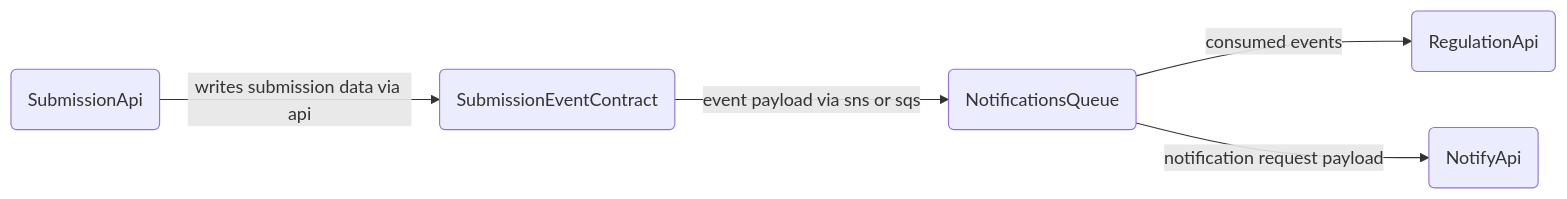
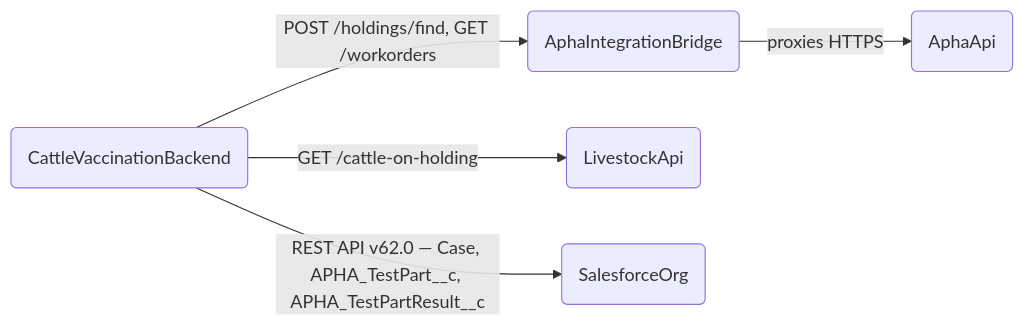
Before and after one commit to DEFRA/cattle-vaccination-documentation: the fourth of 4 diagrams in technology/data-architecture/structure-view/README.md, drawn with Mermaid. The commit also changed other lines of this file and 3 other files, not shown here.

````diff
--- a/technology/data-architecture/structure-view/README.md
+++ b/technology/data-architecture/structure-view/README.md
@@ -99,13 +91,13 @@
 ```mermaid
 flowchart LR
-  SubmissionApi(SubmissionApi)
-  SubmissionEvents(SubmissionEventContract)
-  NotificationsQueue(NotificationsQueue)
-  RegulationApi(RegulationApi)
-  NotifyApi(NotifyApi)
+  Backend(CattleVaccinationBackend)
+  AphaBridge(AphaIntegrationBridge)
+  AphaApi(AphaApi)
+  LivestockApi(LivestockApi)
+  SalesforceOrg(SalesforceOrg)
 
-  SubmissionApi -->|"writes submission data via api"| SubmissionEvents
-  SubmissionEvents -->|"event payload via sns or sqs"| NotificationsQueue
-  NotificationsQueue -->|"consumed events"| RegulationApi
-  NotificationsQueue -->|"notification request payload"| NotifyApi
+  Backend -->|"POST /holdings/find, GET /workorders"| AphaBridge
+  AphaBridge -->|"proxies HTTPS"| AphaApi
+  Backend -->|"GET /cattle-on-holding"| LivestockApi
+  Backend -->|"REST API v62.0 — Case, APHA_TestPart__c, APHA_TestPartResult__c"| SalesforceOrg
 ```
````
